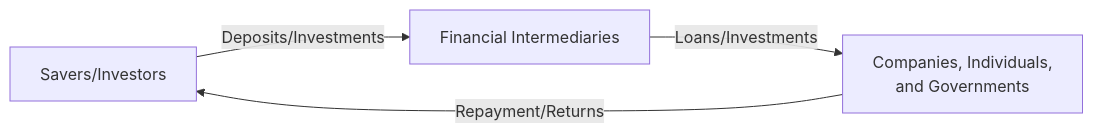
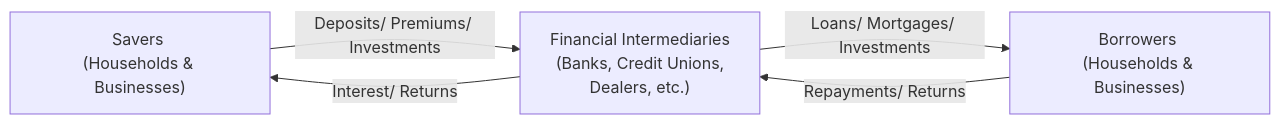
The diagram in content/ifc/2/4/index.md (MasteryEducation/SecuritiesExamsMastery.ca), drawn with Mermaid before and after one commit. The commit also changed other lines of this file and 130 other files, not shown here.

````diff
--- a/content/ifc/2/4/index.md
+++ b/content/ifc/2/4/index.md
@@ -25,6 +33,11 @@
 ```mermaid
 flowchart LR
-A["Savers/Investors"] -- "Deposits/Investments" --> B["Financial Intermediaries"]
-B["Financial Intermediaries"] -- "Loans/Investments" --> C["Companies, Individuals,<br/>and Governments"]
-C["Companies, Individuals,<br/>and Governments"] -- "Repayment/Returns" --> A["Savers/Investors"]
+    A["Savers <br/>(Households & Businesses)"]
+    B["Financial Intermediaries <br/>(Banks, Credit Unions,<br/>Dealers, etc.)"]
+    C["Borrowers <br/>(Households & Businesses)"]
+
+    A -- "Deposits/ Premiums/ Investments" --> B
+    B -- "Loans/ Mortgages/ Investments" --> C
+    C -- "Repayments/ Returns" --> B
+    B -- "Interest/ Returns" --> A
 ```
````
